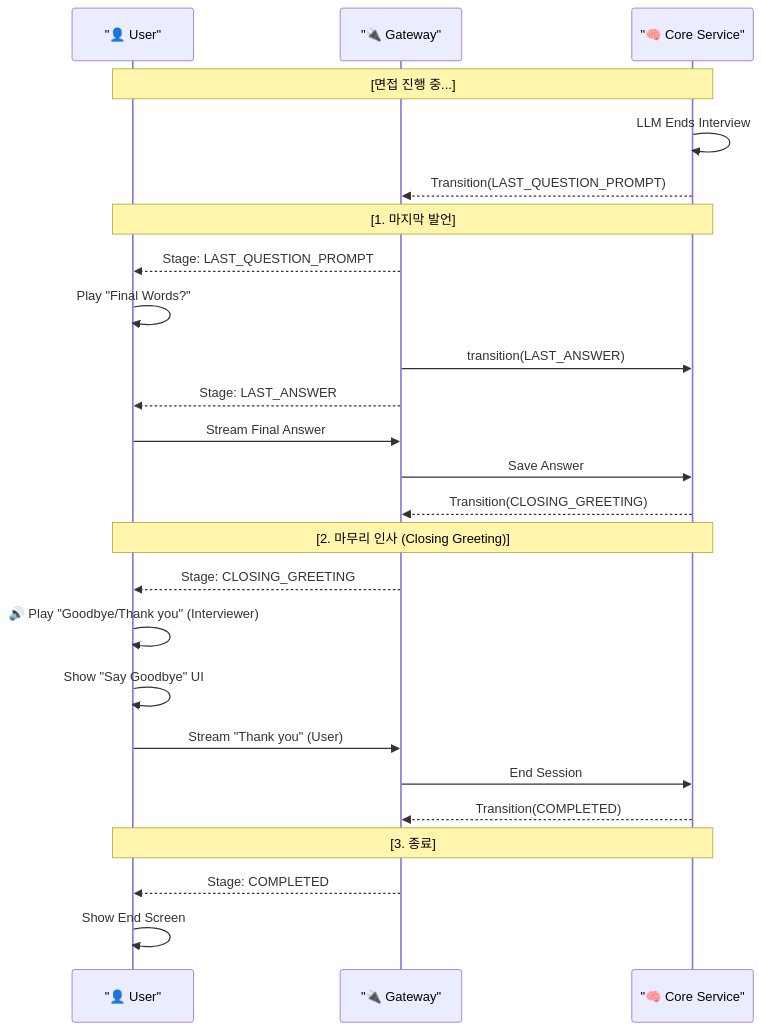
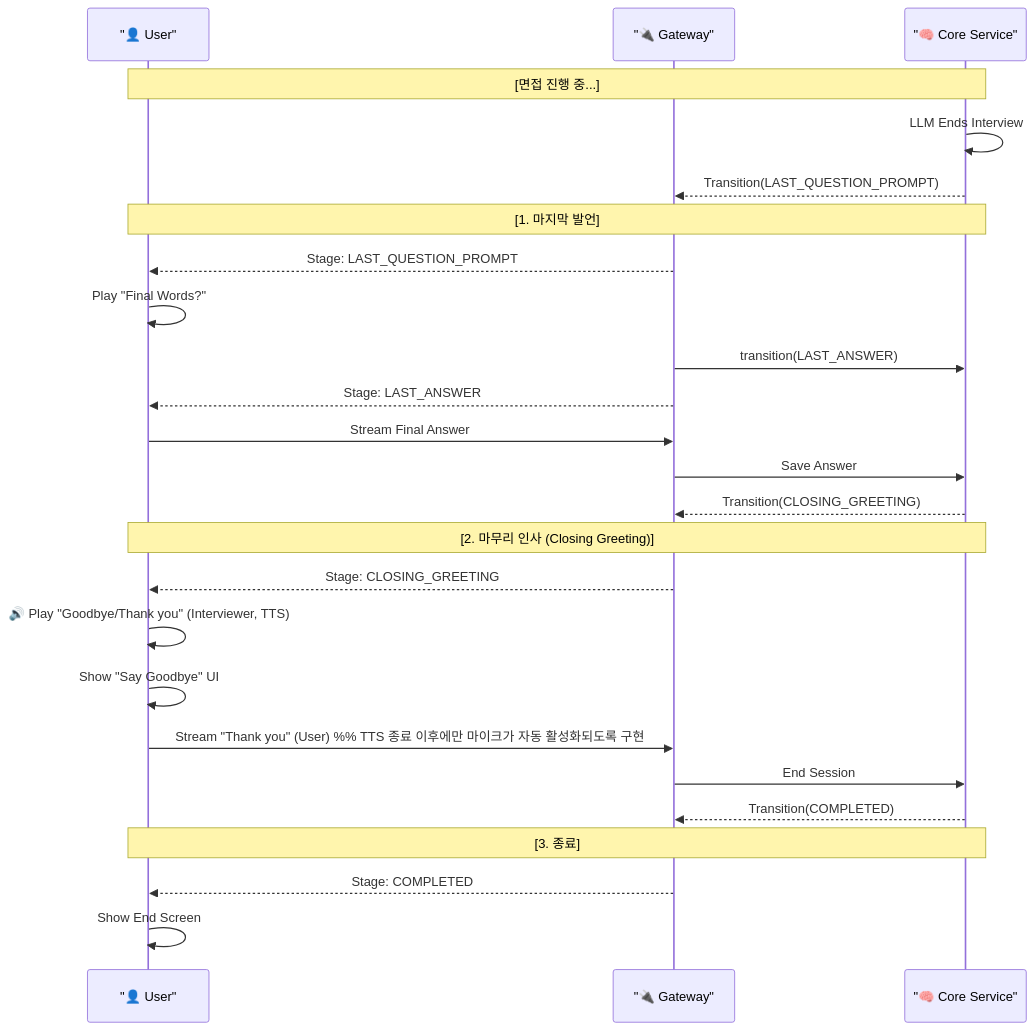
One commit to Yoonsik-Shin/ai-interview changed the second of 2 diagrams in docs/usecase/interview_sequence.md. Above: the diagram before and after it, drawn with Mermaid. The commit also changed other lines of this file and 20 other files, not shown here.

````diff
--- a/docs/usecase/interview_sequence.md
+++ b/docs/usecase/interview_sequence.md
@@ -169,32 +183,32 @@
 ```mermaid
 sequenceDiagram
     participant User as "👤 User"
     participant Socket as "🔌 Gateway"
     participant Core as "🧠 Core Service"
 
     Note over User, Core: [면접 진행 중...]
     Core->>Core: LLM Ends Interview
     Core-->>Socket: Transition(LAST_QUESTION_PROMPT)
 
     Note over User, Core: [1. 마지막 발언]
     Socket-->>User: Stage: LAST_QUESTION_PROMPT
     User->>User: Play "Final Words?"
     Socket->>Core: transition(LAST_ANSWER)
 
     Socket-->>User: Stage: LAST_ANSWER
     User->>Socket: Stream Final Answer
     Socket->>Core: Save Answer
     Core-->>Socket: Transition(CLOSING_GREETING)
 
     Note over User, Core: [2. 마무리 인사 (Closing Greeting)]
     Socket-->>User: Stage: CLOSING_GREETING
-    User->>User: 🔊 Play "Goodbye/Thank you" (Interviewer)
+    User->>User: 🔊 Play "Goodbye/Thank you" (Interviewer, TTS)
     User->>User: Show "Say Goodbye" UI
-    User->>Socket: Stream "Thank you" (User)
+    User->>Socket: Stream "Thank you" (User)  %% TTS 종료 이후에만 마이크가 자동 활성화되도록 구현
     Socket->>Core: End Session
     Core-->>Socket: Transition(COMPLETED)
 
     Note over User, Core: [3. 종료]
     Socket-->>User: Stage: COMPLETED
     User->>User: Show End Screen
 ```
````
